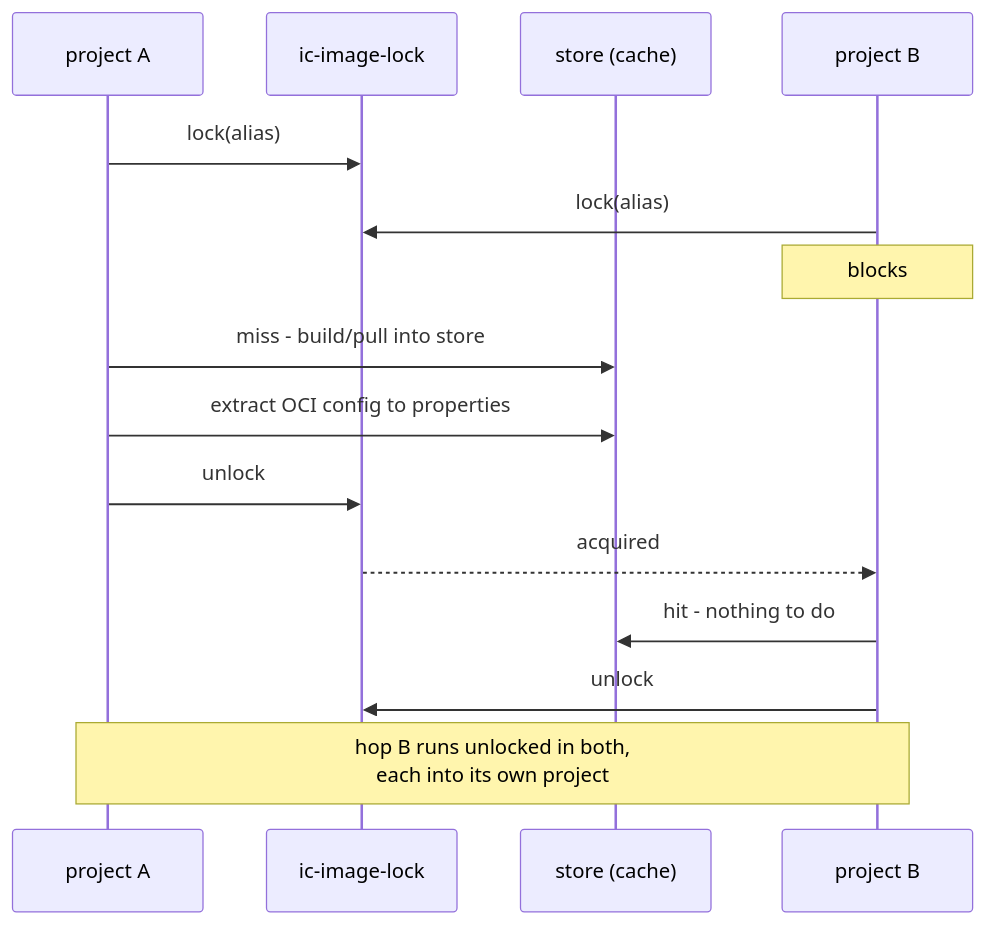
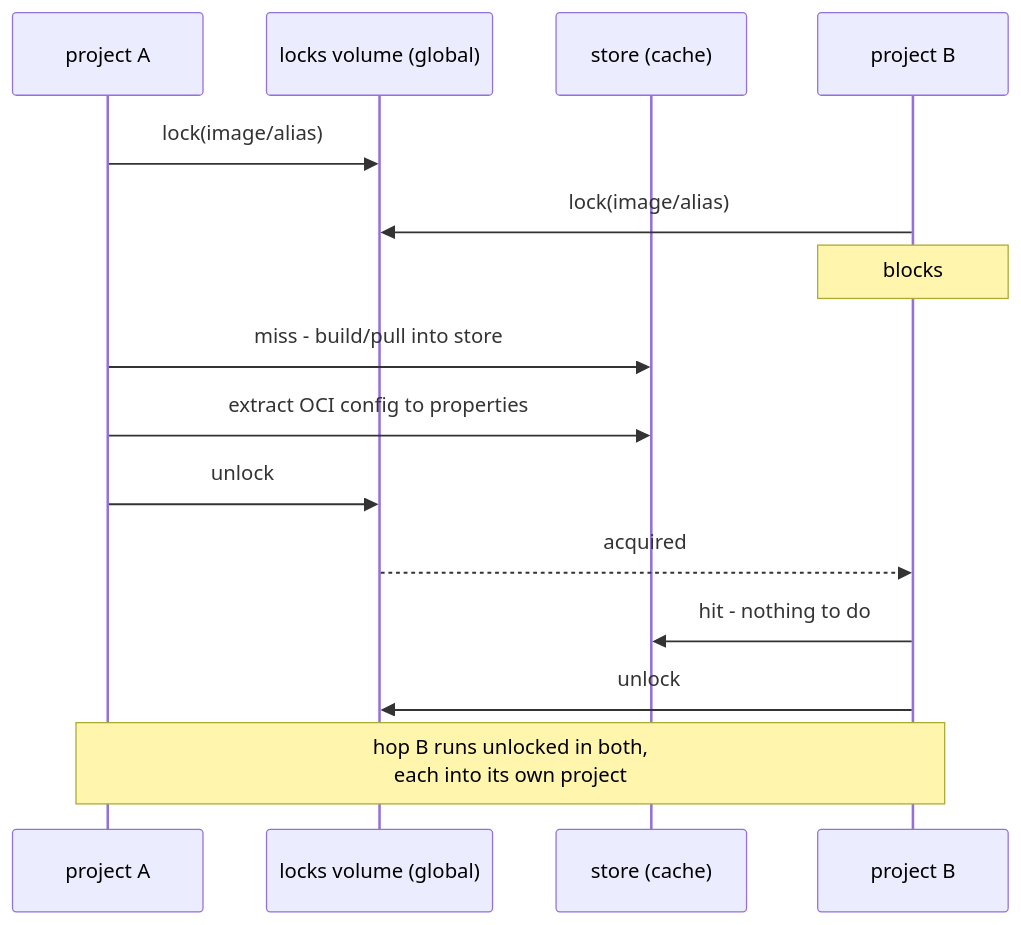
One commit to lxc/incus-compose changed the third of 3 diagrams in docs/root/developer/client/image.md. Above: the diagram before and after it, drawn with Mermaid. The commit also changed other lines of this file and 24 other files, not shown here.

````diff
--- a/docs/root/developer/client/image.md
+++ b/docs/root/developer/client/image.md
@@ -381,18 +363,18 @@
 ```mermaid
 sequenceDiagram
     participant A as project A
-    participant L as ic-image-lock
+    participant L as locks volume (global)
     participant S as store (cache)
     participant B as project B
 
-    A->>L: lock(alias)
-    B->>L: lock(alias)
+    A->>L: lock(image/alias)
+    B->>L: lock(image/alias)
     Note over B: blocks
     A->>S: miss - build/pull into store
     A->>S: extract OCI config to properties
     A->>L: unlock
     L-->>B: acquired
     B->>S: hit - nothing to do
     B->>L: unlock
     Note over A,B: hop B runs unlocked in both,<br/>each into its own project
 ```
````
